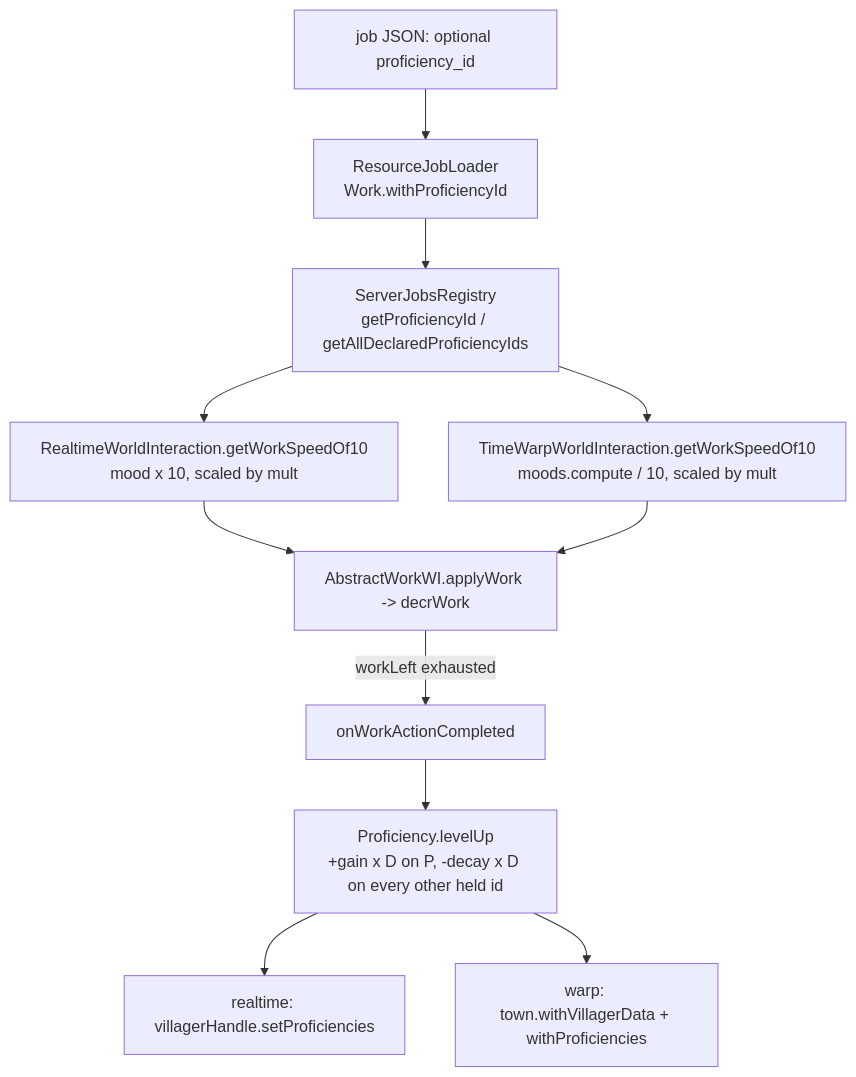
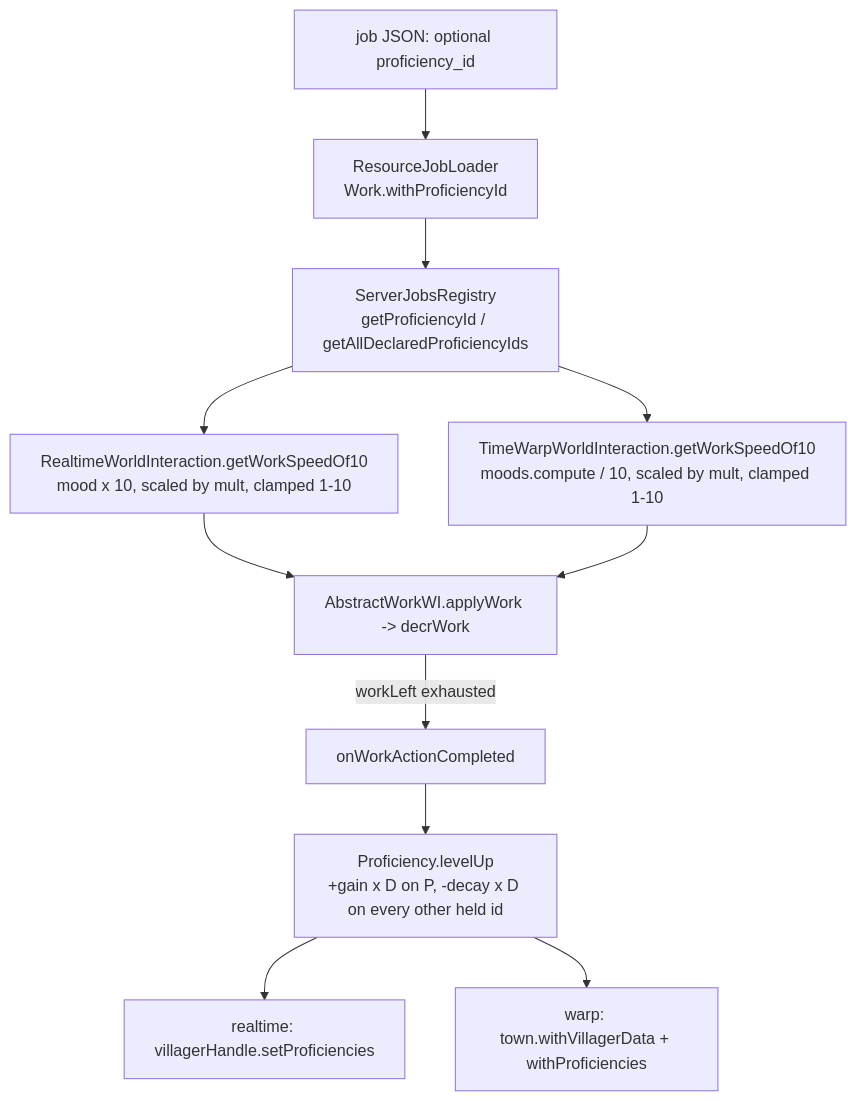
One commit to bradsk88/Questown changed the first of 3 diagrams in src/main/java/ca/bradj/questown/jobs/COMPLEX.md. Above: the diagram before and after it, drawn with Mermaid. The commit also changed other lines of this file and 9 other files, not shown here.

````diff
--- a/src/main/java/ca/bradj/questown/jobs/COMPLEX.md
+++ b/src/main/java/ca/bradj/questown/jobs/COMPLEX.md
@@ -14,15 +16,15 @@
 ```mermaid
 flowchart TD
     JSON["job JSON: optional proficiency_id"] --> Loader["ResourceJobLoader\nWork.withProficiencyId"]
     Loader --> Reg["ServerJobsRegistry\ngetProficiencyId / getAllDeclaredProficiencyIds"]
 
-    Reg --> RT["RealtimeWorldInteraction.getWorkSpeedOf10\nmood x 10, scaled by mult"]
-    Reg --> WP["TimeWarpWorldInteraction.getWorkSpeedOf10\nmoods.compute / 10, scaled by mult"]
+    Reg --> RT["RealtimeWorldInteraction.getWorkSpeedOf10\nmood x 10, scaled by mult, clamped 1-10"]
+    Reg --> WP["TimeWarpWorldInteraction.getWorkSpeedOf10\nmoods.compute / 10, scaled by mult, clamped 1-10"]
     RT --> Apply["AbstractWorkWI.applyWork -> decrWork"]
     WP --> Apply
 
     Apply -->|"workLeft exhausted"| Done["onWorkActionCompleted"]
     Done --> Math["Proficiency.levelUp\n+gain x D on P, -decay x D on every other held id"]
     Math --> RTW["realtime: villagerHandle.setProficiencies"]
     Math --> WPW["warp: town.withVillagerData + withProficiencies"]
 ```
````
